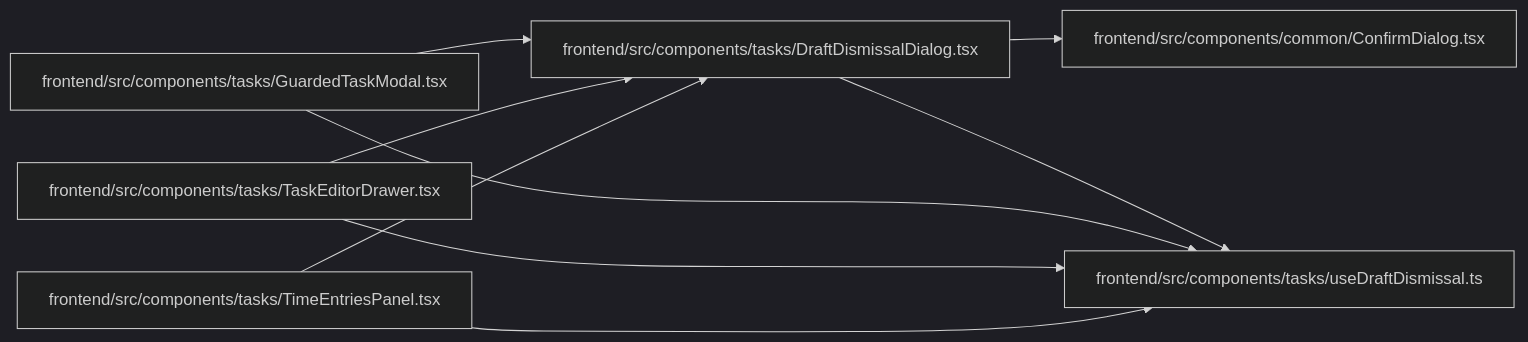
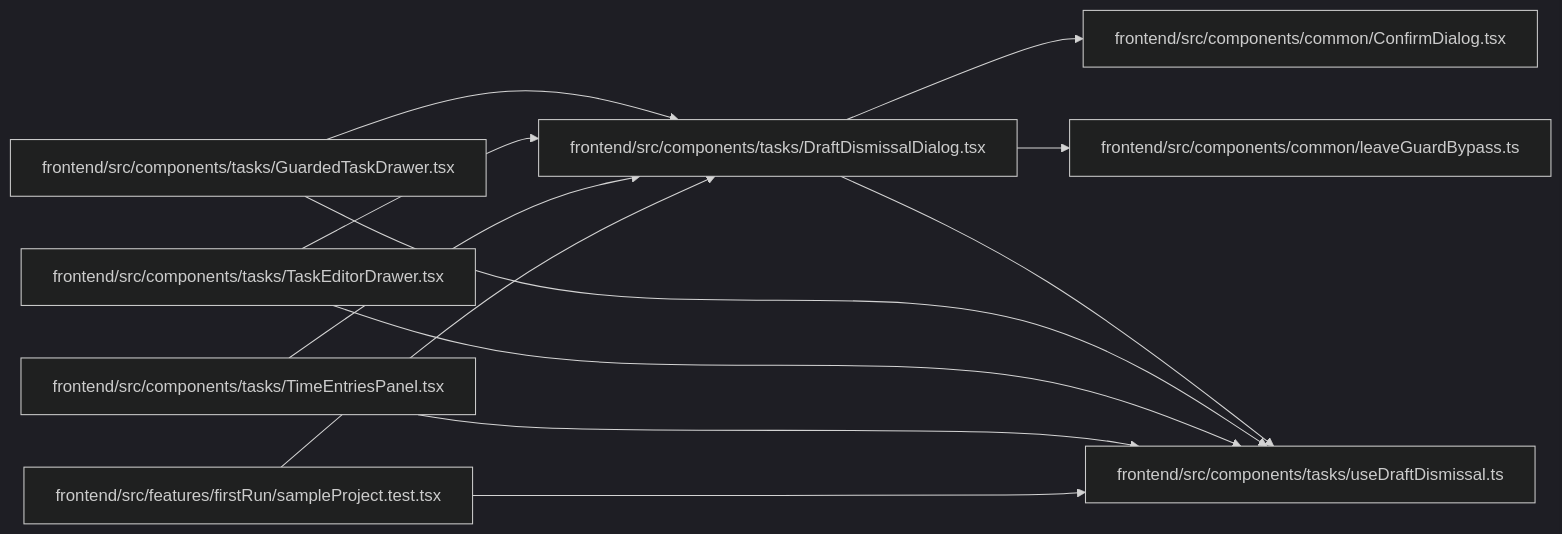
Before and after one commit to Denissvgn/WorkChord: the diagram in docs/llm_wiki/modules/DraftDismissalDialog.md, drawn with Mermaid (dark theme). The commit also changed other lines of this file and 2373 other files, not shown here.

````diff
--- a/docs/llm_wiki/modules/DraftDismissalDialog.md
+++ b/docs/llm_wiki/modules/DraftDismissalDialog.md
@@ -28,23 +29,30 @@
 ```mermaid
 flowchart LR
     n0["frontend/src/components/common/ConfirmDialog.tsx"]
-    n1["frontend/src/components/tasks/DraftDismissalDialog.tsx"]
-    n2["frontend/src/components/tasks/GuardedTaskModal.tsx"]
-    n3["frontend/src/components/tasks/TaskEditorDrawer.tsx"]
-    n4["frontend/src/components/tasks/TimeEntriesPanel.tsx"]
-    n5["frontend/src/components/tasks/useDraftDismissal.ts"]
-    n1 --> n0
-    n1 --> n5
+    n1["frontend/src/components/common/leaveGuardBypass.ts"]
+    n2["frontend/src/components/tasks/DraftDismissalDialog.tsx"]
+    n3["frontend/src/components/tasks/GuardedTaskDrawer.tsx"]
+    n4["frontend/src/components/tasks/TaskEditorDrawer.tsx"]
+    n5["frontend/src/components/tasks/TimeEntriesPanel.tsx"]
+    n6["frontend/src/components/tasks/useDraftDismissal.ts"]
+    n7["frontend/src/features/firstRun/sampleProject.test.tsx"]
+    n2 --> n0
     n2 --> n1
-    n2 --> n5
-    n3 --> n1
-    n3 --> n5
-    n4 --> n1
-    n4 --> n5
+    n2 --> n6
+    n3 --> n2
+    n3 --> n6
+    n4 --> n2
+    n4 --> n6
+    n5 --> n2
+    n5 --> n6
+    n7 --> n2
+    n7 --> n6
     click n0 "../modules/ConfirmDialog.md"
-    click n1 "../modules/DraftDismissalDialog.md"
-    click n2 "../modules/GuardedTaskModal.md"
-    click n3 "../modules/TaskEditorDrawer.md"
-    click n4 "../modules/TimeEntriesPanel.md"
-    click n5 "../modules/useDraftDismissal.md"
+    click n1 "../modules/leaveGuardBypass.md"
+    click n2 "../modules/DraftDismissalDialog.md"
+    click n3 "../modules/GuardedTaskDrawer.md"
+    click n4 "../modules/TaskEditorDrawer.md"
+    click n5 "../modules/TimeEntriesPanel.md"
+    click n6 "../modules/useDraftDismissal.md"
+    click n7 "../modules/sampleProject.test.md"
 ```
````
